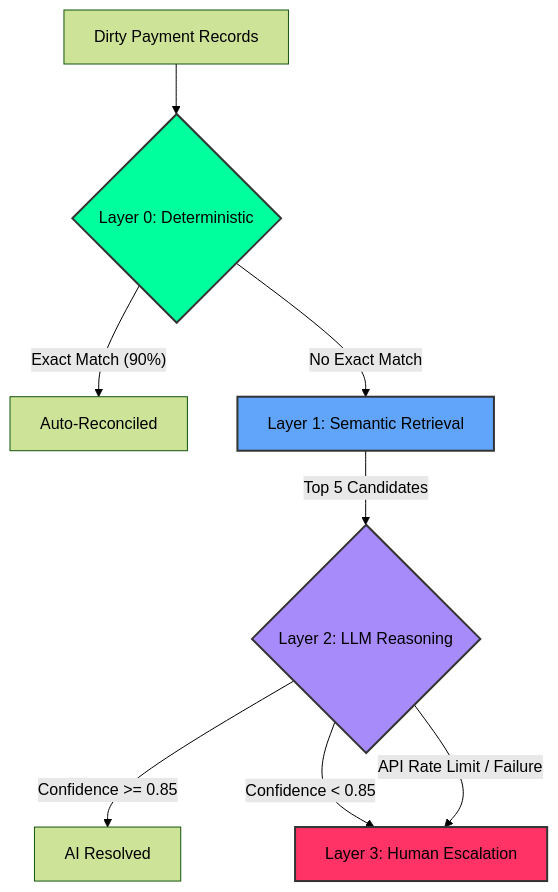
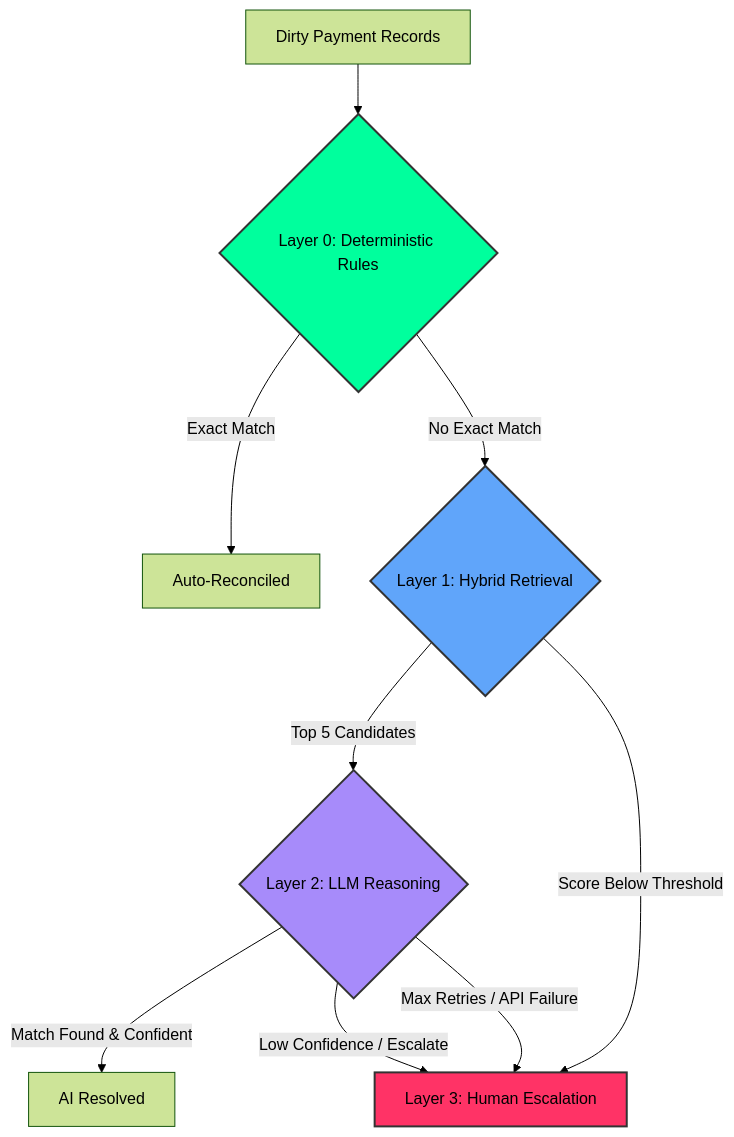
One commit to NeuroMachina01/ReconAgent changed the diagram in README.md. Above: the diagram before and after it, drawn with Mermaid (forest theme). The commit also changed other lines of this file, not shown here.

Commit message:
Update README to accurately reflect Hybrid Retrieval (BM25 + RRF) and fix Architecture diagram edge cases

````diff
--- a/README.md
+++ b/README.md
@@ -13,15 +13,16 @@
 ```mermaid
 graph TD
-    A[Dirty Payment Records] --> B{Layer 0: Deterministic}
-    B -- Exact Match (90%) --> C[Auto-Reconciled]
-    B -- No Exact Match --> D[Layer 1: Semantic Retrieval]
+    A[Dirty Payment Records] --> B{Layer 0: Deterministic Rules}
+    B -- Exact Match --> C[Auto-Reconciled]
+    B -- No Exact Match --> D{Layer 1: Hybrid Retrieval}
     D -- Top 5 Candidates --> E{Layer 2: LLM Reasoning}
-    E -- Confidence >= 0.85 --> F[AI Resolved]
-    E -- Confidence < 0.85 --> G[Layer 3: Human Escalation]
-    E -- API Rate Limit / Failure --> G
+    D -- Score Below Threshold --> G[Layer 3: Human Escalation]
+    E -- Match Found & Confident --> F[AI Resolved]
+    E -- Low Confidence / Escalate --> G
+    E -- Max Retries / API Failure --> G
     
     style B fill:#00FF9D,stroke:#333,stroke-width:2px,color:black
     style D fill:#60A5FA,stroke:#333,stroke-width:2px,color:black
     style E fill:#A78BFA,stroke:#333,stroke-width:2px,color:black
     style G fill:#FF3366,stroke:#333,stroke-width:2px,color:black
 ```
````
